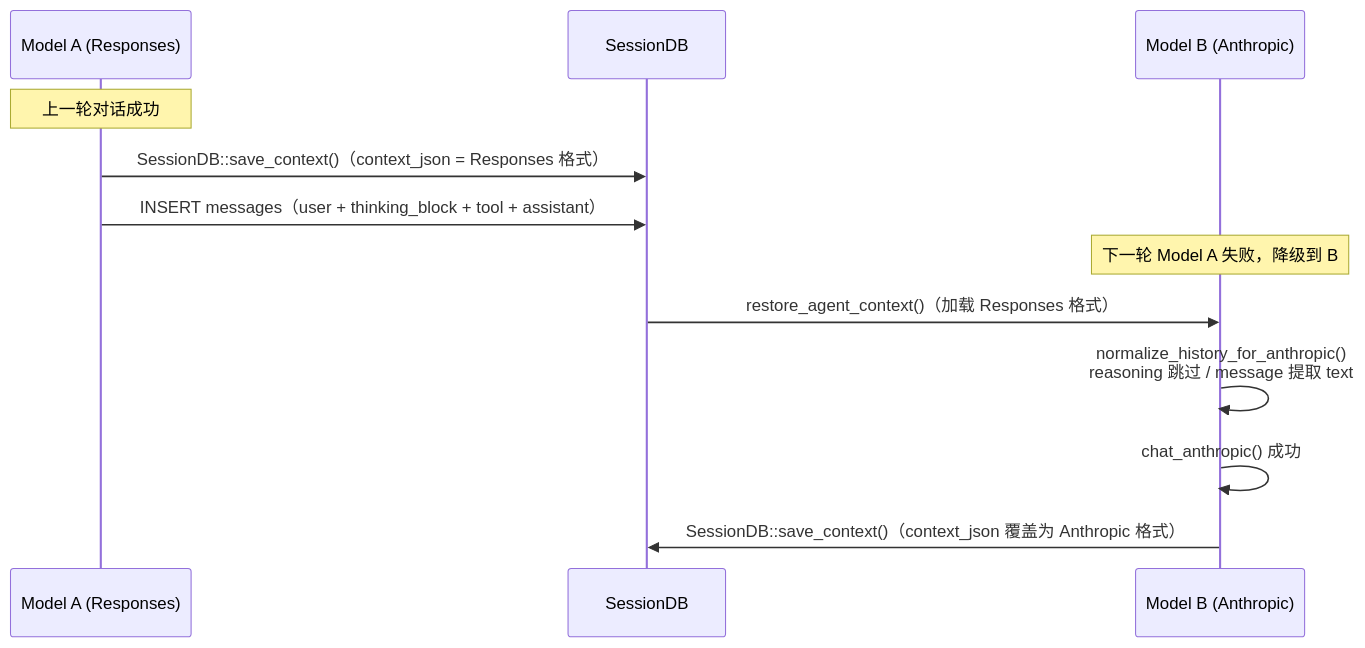
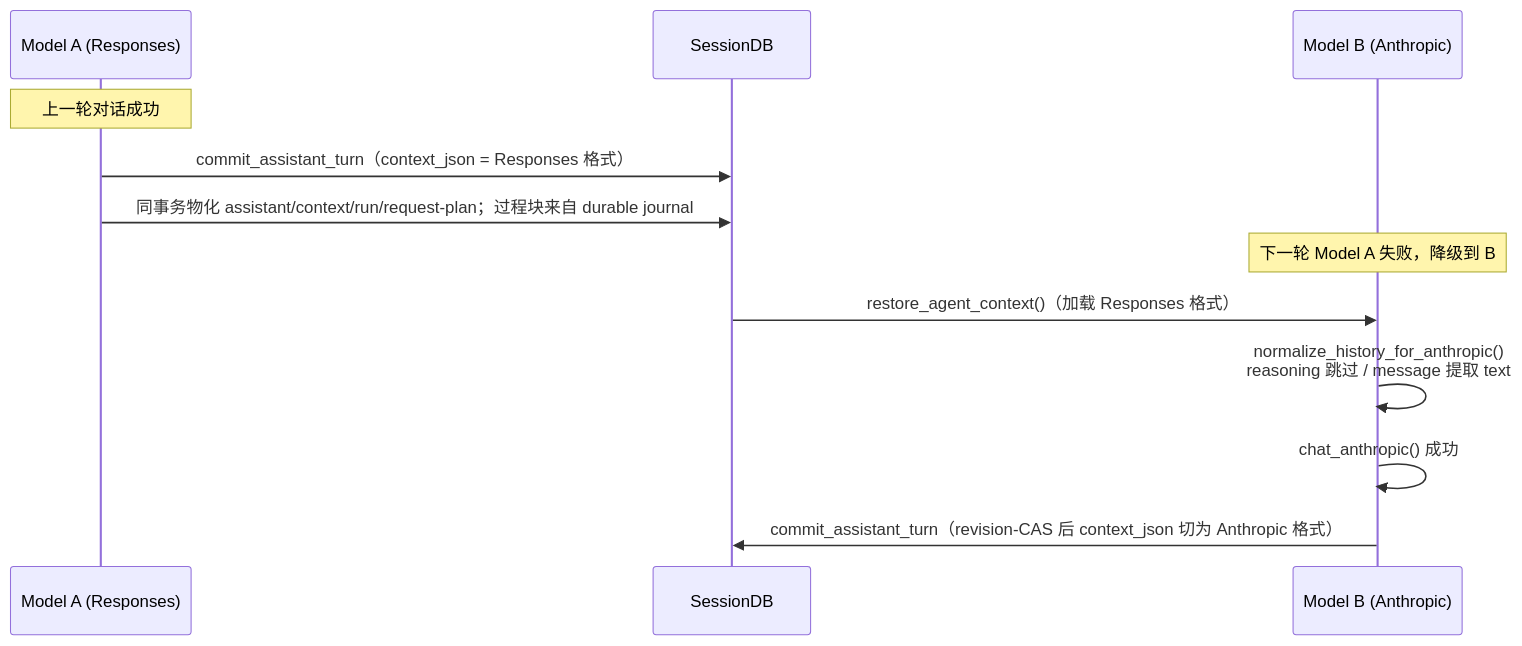
Before and after one commit to shiwenwen/hope-agent: diagram 15 of 16 in docs/architecture/core/provider-system.md, drawn with Mermaid. The commit also changed other lines of this file and 124 other files, not shown here.

````diff
--- a/docs/architecture/core/provider-system.md
+++ b/docs/architecture/core/provider-system.md
@@ -740,16 +752,16 @@
 ```mermaid
 sequenceDiagram
   participant A as Model A (Responses)
   participant DB as SessionDB
   participant B as Model B (Anthropic)
 
   Note over A: 上一轮对话成功
-  A->>DB: SessionDB::save_context()（context_json = Responses 格式）
-  A->>DB: INSERT messages（user + thinking_block + tool + assistant）
+  A->>DB: commit_assistant_turn（context_json = Responses 格式）
+  A->>DB: 同事务物化 assistant/context/run/request-plan；过程块来自 durable journal
 
   Note over B: 下一轮 Model A 失败，降级到 B
   DB->>B: restore_agent_context()（加载 Responses 格式）
   B->>B: normalize_history_for_anthropic()<br/>reasoning 跳过 / message 提取 text
   B->>B: chat_anthropic() 成功
-  B->>DB: SessionDB::save_context()（context_json 覆盖为 Anthropic 格式）
+  B->>DB: commit_assistant_turn（revision-CAS 后 context_json 切为 Anthropic 格式）
 ```
````
